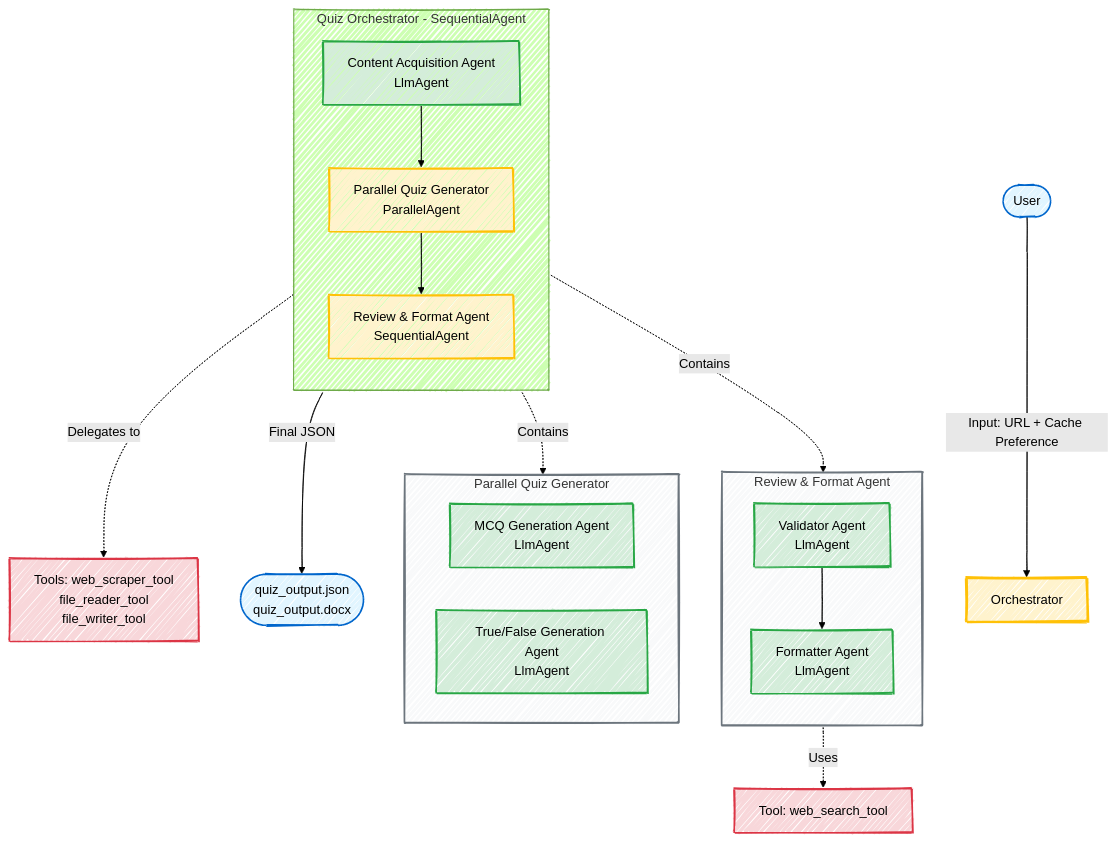
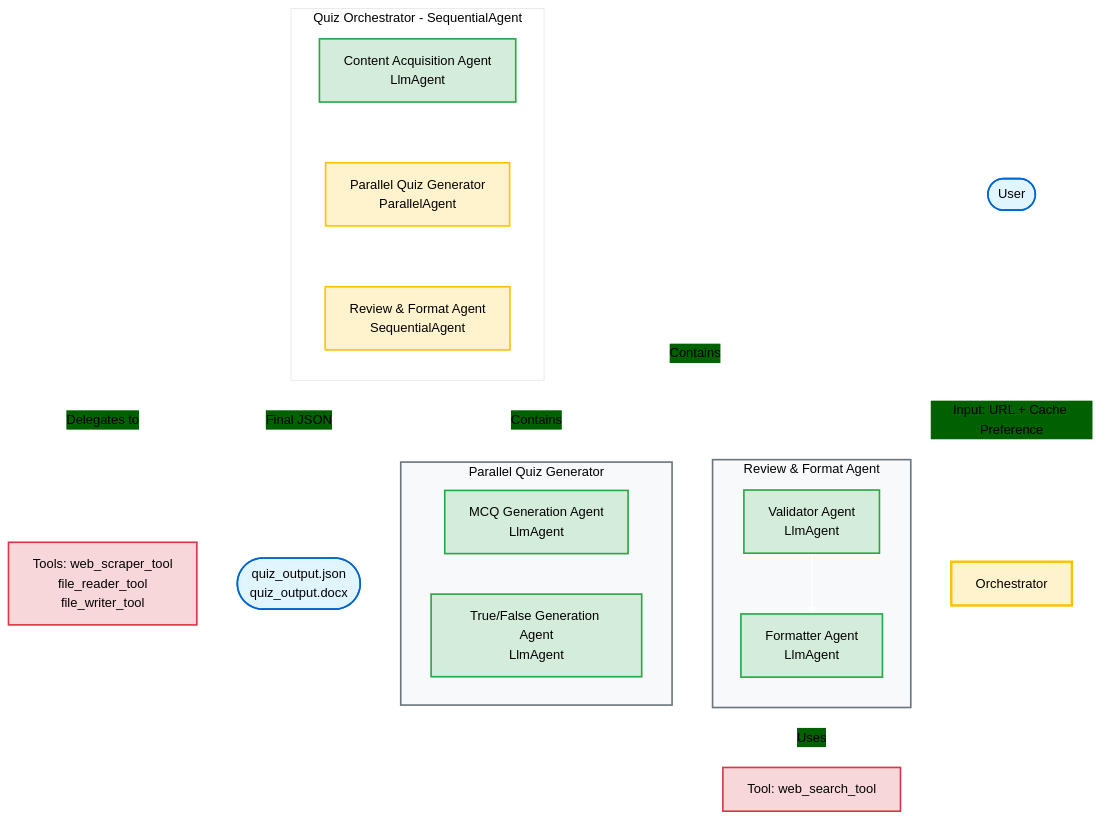
Before and after one commit to saatvikbhola/agentic-ai-: the diagram in google-ADK-quiz-generator/diagrams/diagram.md, drawn with Mermaid.

````diff
--- a/google-ADK-quiz-generator/diagrams/diagram.md
+++ b/google-ADK-quiz-generator/diagrams/diagram.md
@@ -1,48 +1,55 @@
 ```mermaid
----
-config:
-  look: handDrawn
-  theme: forest
----
+
+%%{init: {'theme':'base', 'themeVariables': { 'primaryColor':'#fff','primaryTextColor':'#000','primaryBorderColor':'#000','lineColor':'#ffffff','secondaryColor':'#006100','tertiaryColor':'#fff'}}}%%
 graph TB
     User([User]) -->|Input: URL + Cache Preference| Orchestrator
+    
     subgraph QuizOrchestrator [Quiz Orchestrator - SequentialAgent]
         direction TB
         Agent1[Content Acquisition Agent<br/>LlmAgent]
         Agent2[Parallel Quiz Generator<br/>ParallelAgent]
         Agent3[Review & Format Agent<br/>SequentialAgent]
+        
         Agent1 --> Agent2
         Agent2 --> Agent3
     end
+    
     subgraph ParallelQuizGen [Parallel Quiz Generator]
         direction LR
         MCQ[MCQ Generation Agent<br/>LlmAgent]
         TF[True/False Generation Agent<br/>LlmAgent]
     end
+    
     subgraph ReviewFormat [Review & Format Agent]
         direction TB
         Validator[Validator Agent<br/>LlmAgent]
         Formatter[Formatter Agent<br/>LlmAgent]
+        
         Validator --> Formatter
     end
+    
     Agent1 -.->|Delegates to| Tools1[Tools: web_scraper_tool<br/>file_reader_tool<br/>file_writer_tool]
     Agent2 -.->|Contains| ParallelQuizGen
     Agent3 -.->|Contains| ReviewFormat
     Validator -.->|Uses| Tools2[Tool: web_search_tool]
+    
     Agent3 -->|Final JSON| Output([quiz_output.json<br/>quiz_output.docx])
+    
+    linkStyle default stroke:#ffffff,stroke-width:2px
     style User fill:#e1f5ff,stroke:#0066cc,stroke-width:2px
     style Output fill:#e1f5ff,stroke:#0066cc,stroke-width:2px
     style Orchestrator fill:#fff3cd,stroke:#ffc107,stroke-width:3px
     style Agent1 fill:#d4edda,stroke:#28a745,stroke-width:2px
     style Agent2 fill:#fff3cd,stroke:#ffc107,stroke-width:2px
     style Agent3 fill:#fff3cd,stroke:#ffc107,stroke-width:2px
     style ParallelQuizGen fill:#f8f9fa,stroke:#6c757d,stroke-width:2px
     style ReviewFormat fill:#f8f9fa,stroke:#6c757d,stroke-width:2px
     style MCQ fill:#d4edda,stroke:#28a745,stroke-width:2px
     style TF fill:#d4edda,stroke:#28a745,stroke-width:2px
     style Validator fill:#d4edda,stroke:#28a745,stroke-width:2px
     style Formatter fill:#d4edda,stroke:#28a745,stroke-width:2px
     style Tools1 fill:#f8d7da,stroke:#dc3545,stroke-width:2px
     style Tools2 fill:#f8d7da,stroke:#dc3545,stroke-width:2px
 
+
 ```
````
